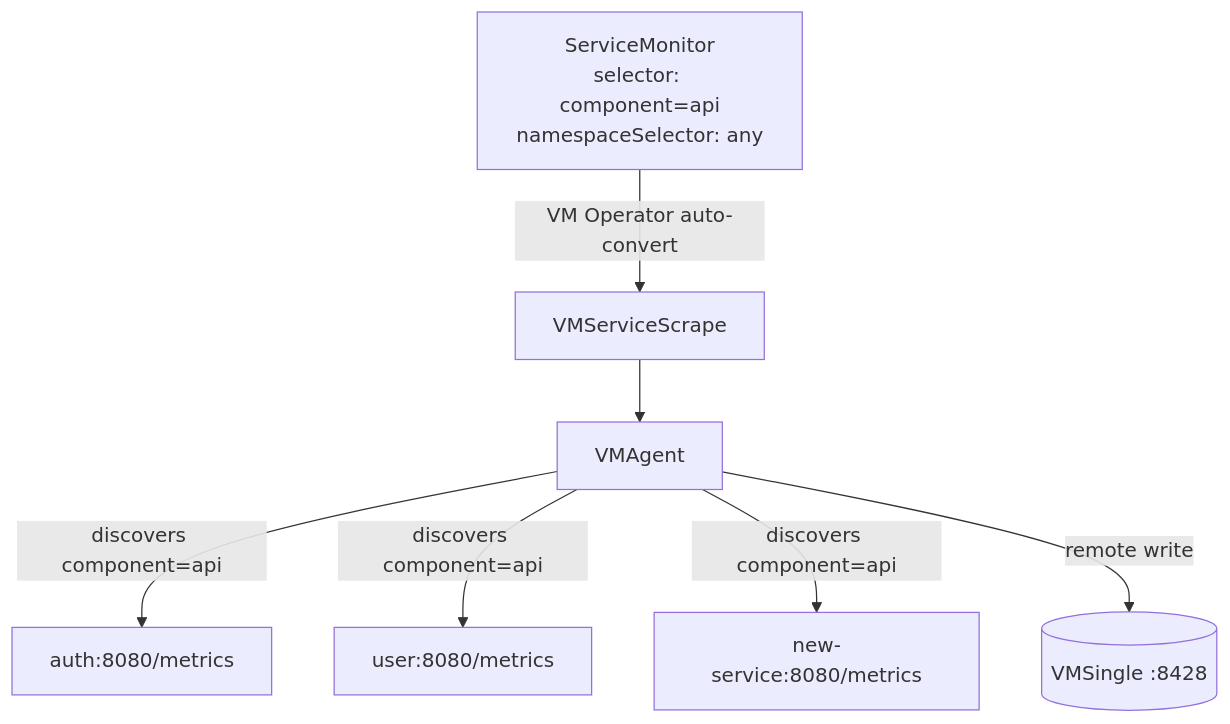
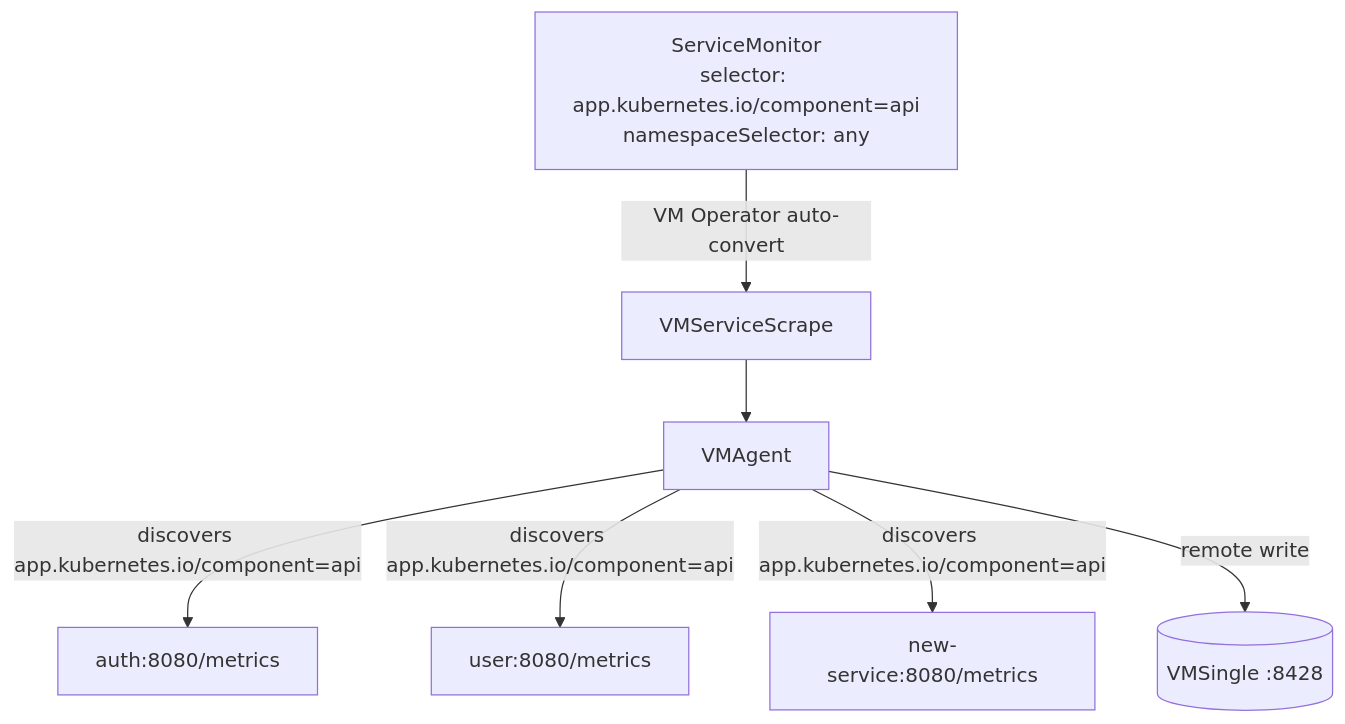
The second of 2 diagrams in docs/observability/metrics/metrics-apps.md (duynhlab/homelab), drawn with Mermaid before and after one commit. The commit also changed other lines of this file and 9 other files, not shown here.

First line of the commit message:
Select scrape targets by app.kubernetes.io/component (#445)

````diff
--- a/docs/observability/metrics/metrics-apps.md
+++ b/docs/observability/metrics/metrics-apps.md
@@ -132,7 +132,7 @@
 ```mermaid
 flowchart TD
-    SM["ServiceMonitor<br/>selector: component=api<br/>namespaceSelector: any"] -->|"VM Operator auto-convert"| VSS["VMServiceScrape"]
+    SM["ServiceMonitor<br/>selector: app.kubernetes.io/component=api<br/>namespaceSelector: any"] -->|"VM Operator auto-convert"| VSS["VMServiceScrape"]
     VSS --> VMA["VMAgent"]
-    VMA -->|"discovers component=api"| A["auth:8080/metrics"] & U["user:8080/metrics"] & N["new-service:8080/metrics"]
+    VMA -->|"discovers app.kubernetes.io/component=api"| A["auth:8080/metrics"] & U["user:8080/metrics"] & N["new-service:8080/metrics"]
     VMA -->|remote write| VMS[("VMSingle :8428")]
 ```
````
